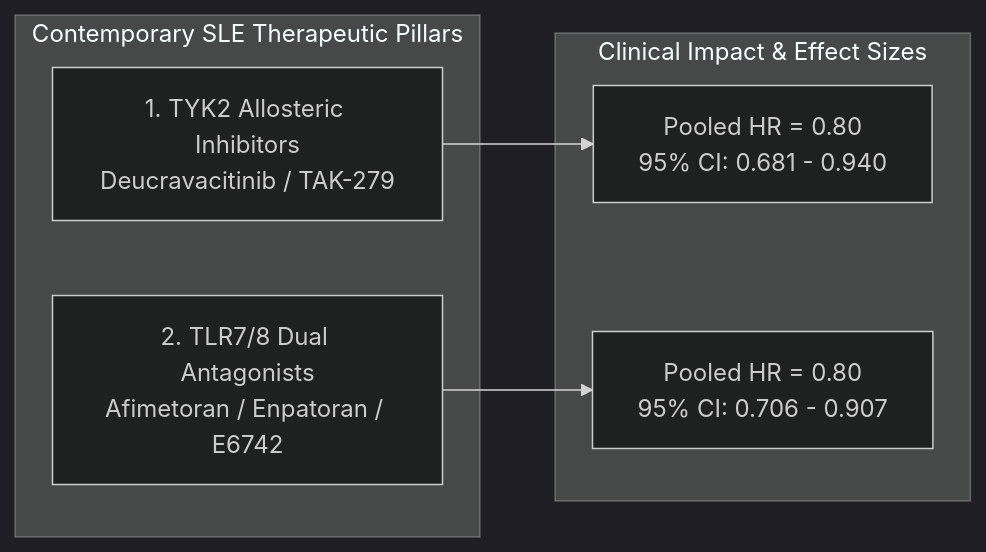
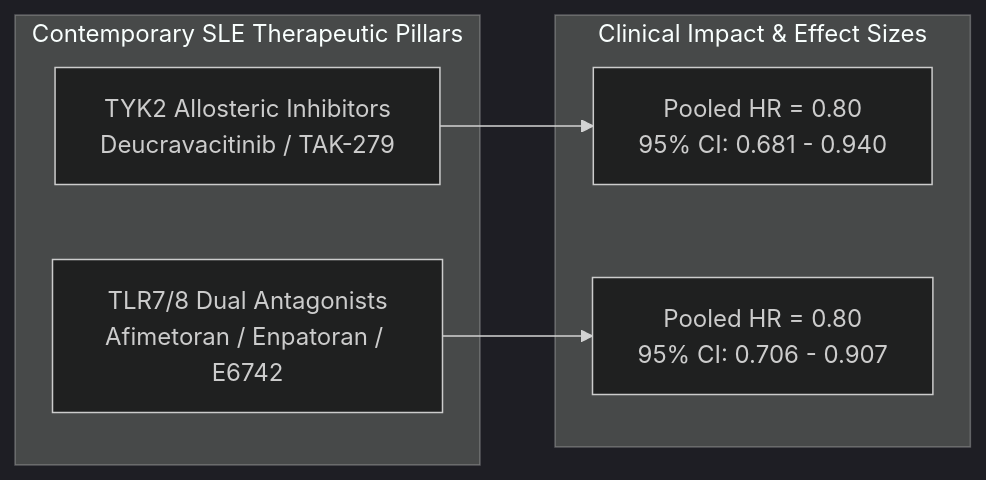
Before and after one commit to leelasd/local_clintrial_agent: the diagram in docs/reports/sle_clinical_trial_landscape_case.md, drawn with Mermaid (dark theme). The commit also changed 1 other file, not shown here.

Commit message:
fix(mermaid): remove list prefixes from node labels to prevent renderer parsing artifacts

````diff
--- a/docs/reports/sle_clinical_trial_landscape_case.md
+++ b/docs/reports/sle_clinical_trial_landscape_case.md
@@ -17,15 +17,15 @@
 ```mermaid
 flowchart LR
     subgraph Pillars ["Contemporary SLE Therapeutic Pillars"]
-        TYK2["1. TYK2 Allosteric Inhibitors<br/>Deucravacitinib / TAK-279"]
-        TLR["2. TLR7/8 Dual Antagonists<br/>Afimetoran / Enpatoran / E6742"]
+        TYK2["TYK2 Allosteric Inhibitors<br/>Deucravacitinib / TAK-279"]
+        TLR["TLR7/8 Dual Antagonists<br/>Afimetoran / Enpatoran / E6742"]
     end
 
     subgraph Impact ["Clinical Impact & Effect Sizes"]
         TYK2_Effect["Pooled HR = 0.80<br/>95% CI: 0.681 - 0.940"]
         TLR_Effect["Pooled HR = 0.80<br/>95% CI: 0.706 - 0.907"]
     end
 
     TYK2 --> TYK2_Effect
     TLR --> TLR_Effect
 ```
````
